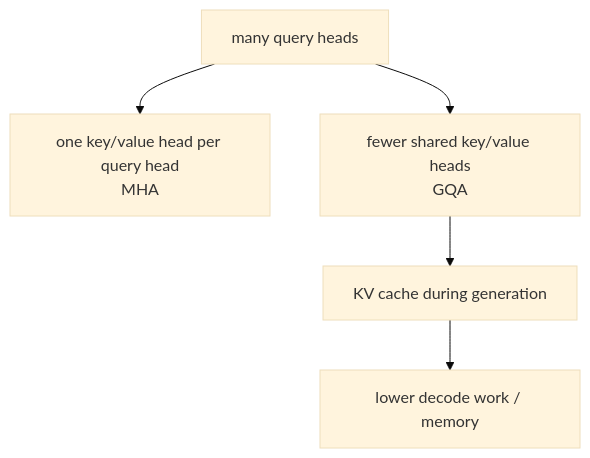
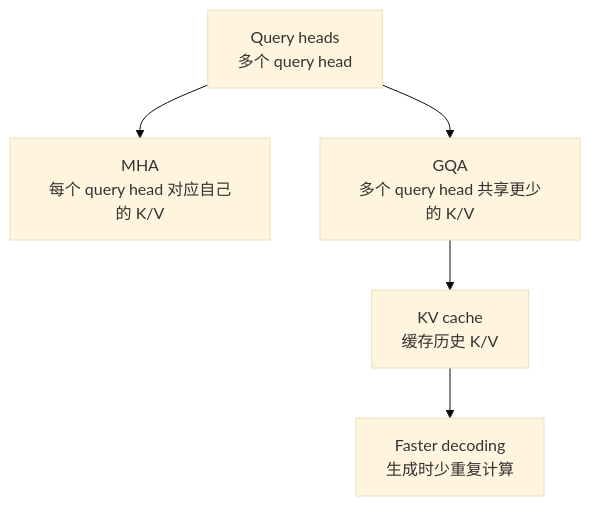
One commit to Lewis-Xinyu/gpt2-to-2026 changed the ninth of 9 diagrams in docs/architecture_roadmap.md. Above: the diagram before and after it, drawn with Mermaid (base theme). The commit also changed other lines of this file and 1 other file, not shown here.

Commit message:
Expand bilingual roadmap documentation

````diff
--- a/docs/architecture_roadmap.md
+++ b/docs/architecture_roadmap.md
@@ -126,11 +205,11 @@
 ```mermaid
 flowchart TD
-    Q["many query heads"]
-    KV0["one key/value head per query head<br/>MHA"]
-    KV1["fewer shared key/value heads<br/>GQA"]
-    Cache["KV cache during generation"]
-    Speed["lower decode work / memory"]
+    Q["Query heads<br/>多个 query head"]
+    KV0["MHA<br/>每个 query head 对应自己的 K/V"]
+    KV1["GQA<br/>多个 query head 共享更少的 K/V"]
+    Cache["KV cache<br/>缓存历史 K/V"]
+    Decode["Faster decoding<br/>生成时少重复计算"]
 
     Q --> KV0
-    Q --> KV1 --> Cache --> Speed
+    Q --> KV1 --> Cache --> Decode
 ```
````
